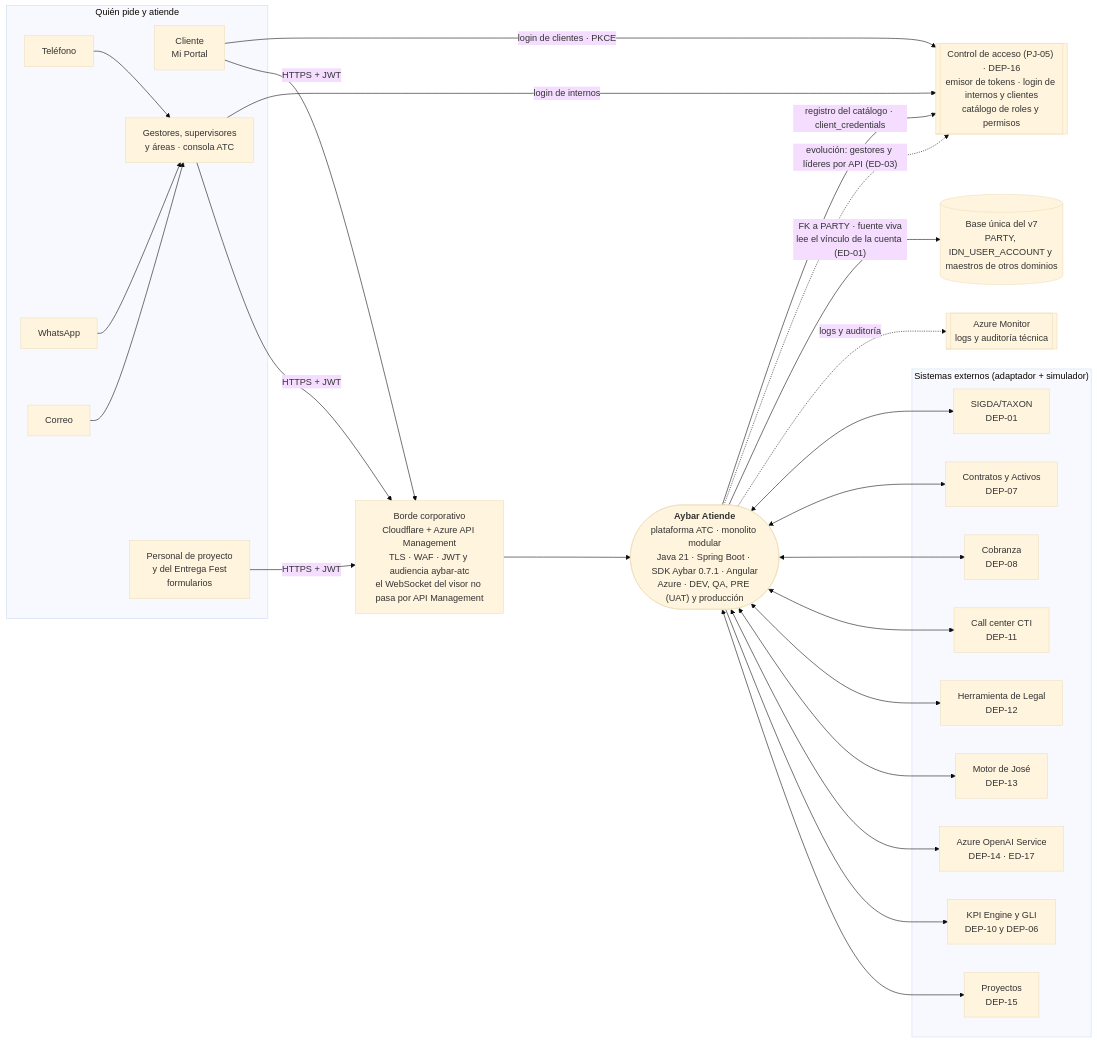
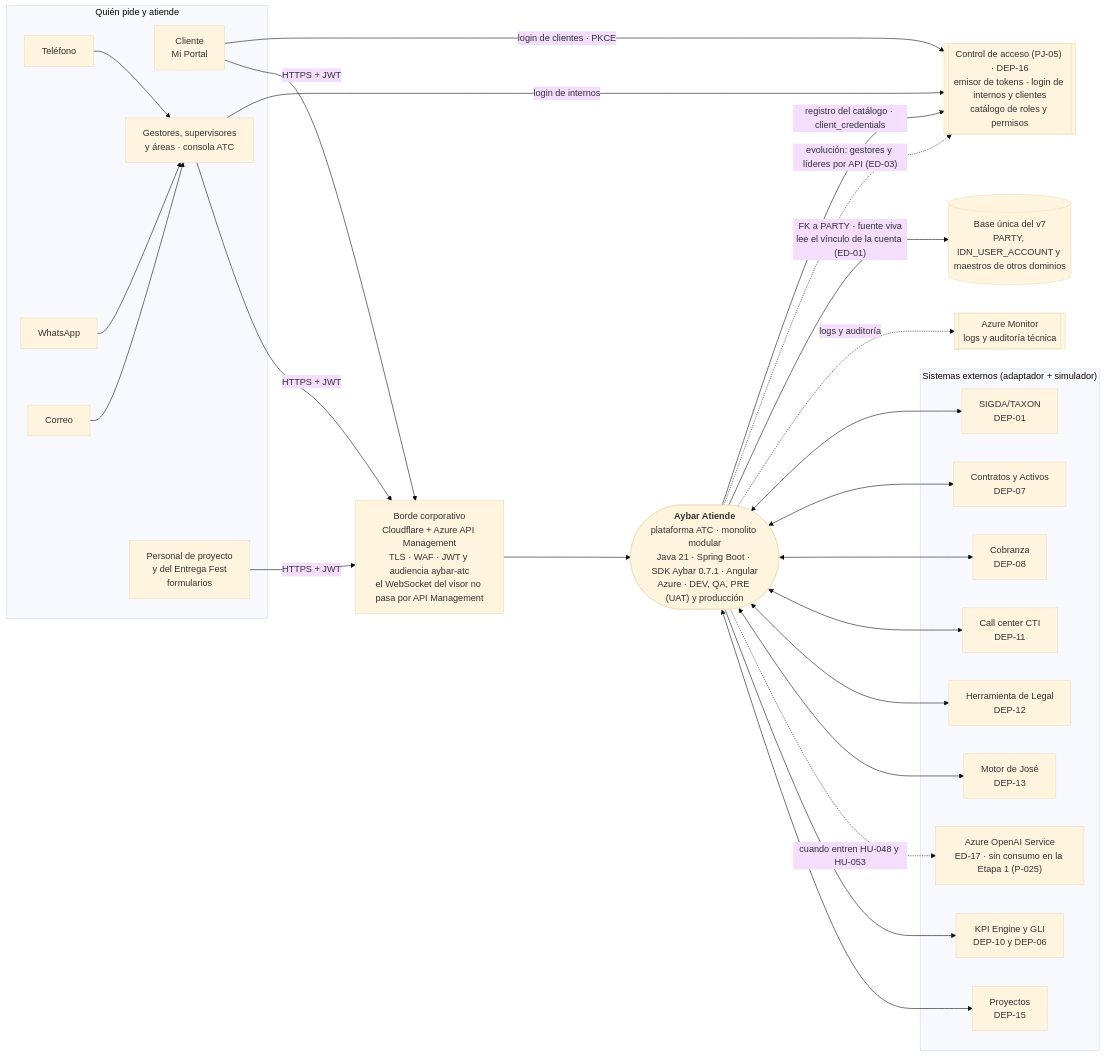
One commit to michel-poma-huachihuaco/tyc-mockup changed the diagram in propuesta-po/documentacion/paquete-definir-etapa1-v1.3/arquitectura/c4-contexto.mmd. Above: the diagram before and after it, drawn with Mermaid (base theme). The commit also changed 97 other files, not shown here.

```diff
--- a/propuesta-po/documentacion/paquete-definir-etapa1-v1.3/arquitectura/c4-contexto.mmd
+++ b/propuesta-po/documentacion/paquete-definir-etapa1-v1.3/arquitectura/c4-contexto.mmd
@@ -1,51 +1,52 @@
 flowchart LR
   subgraph Quien["Quién pide y atiende"]
     tel[Teléfono]
     wa[WhatsApp]
     mail[Correo]
     cli[Cliente<br/>Mi Portal]
     ges[Gestores, supervisores<br/>y áreas · consola ATC]
     obra[Personal de proyecto<br/>y del Entrega Fest<br/>formularios]
   end
   borde["Borde corporativo<br/>Cloudflare + Azure API Management<br/>TLS · WAF · JWT y audiencia aybar-atc<br/>el WebSocket del visor no pasa por API Management"]
   atc(["<b>Aybar Atiende</b><br/>plataforma ATC · monolito modular<br/>Java 21 · Spring Boot · SDK Aybar 0.7.1 · Angular<br/>Azure · DEV, QA, PRE (UAT) y producción"])
   ctrl[["Control de acceso (PJ-05) · DEP-16<br/>emisor de tokens · login de internos y clientes<br/>catálogo de roles y permisos"]]
   base[("Base única del v7<br/>PARTY, IDN_USER_ACCOUNT y maestros de otros dominios")]
   mon[["Azure Monitor<br/>logs y auditoría técnica"]]
   subgraph Ext["Sistemas externos (adaptador + simulador)"]
     sigda[SIGDA/TAXON<br/>DEP-01]
     con[Contratos y Activos<br/>DEP-07]
     cob[Cobranza<br/>DEP-08]
     cti[Call center CTI<br/>DEP-11]
     leg[Herramienta de Legal<br/>DEP-12]
     jose[Motor de José<br/>DEP-13]
-    ia[Azure OpenAI Service<br/>DEP-14 · ED-17]
+    ia["Azure OpenAI Service<br/>ED-17 · sin consumo en la Etapa 1 (P-025)"]
     kpi[KPI Engine y GLI<br/>DEP-10 y DEP-06]
     proy[Proyectos<br/>DEP-15]
   end
   cli -- "login de clientes · PKCE" --> ctrl
   ges -- "login de internos" --> ctrl
   cli -- "HTTPS + JWT" --> borde
   ges -- "HTTPS + JWT" --> borde
   obra -- "HTTPS + JWT" --> borde
   borde --> atc
   tel --> ges
   wa --> ges
   mail --> ges
   atc -- "registro del catálogo · client_credentials" --> ctrl
   atc -. "evolución: gestores y líderes por API (ED-03)" .-> ctrl
   atc -- "FK a PARTY · fuente viva<br/>lee el vínculo de la cuenta (ED-01)" --> base
   atc -. "logs y auditoría" .-> mon
   atc <--> sigda
   atc <--> con
   atc <--> cob
   atc <--> cti
   atc <--> leg
   atc <--> jose
-  atc <--> ia
+  atc -. "cuando entren HU-048 y HU-053" .-> ia
   atc --> kpi
   atc <--> proy
 %% Generado por IA (Claude, 2026-10-22), versión base v2 de Nexora; actualizado con las decisiones DT-01 a DT-07 del Líder Técnico (Control de acceso emite los tokens y hace el login; Azure; borde con Cloudflare y API Management; base única con PARTY como fuente viva). — Revisado por: (pendiente)
 %% Historial: 0.3 · 2026-10-26 · Brayan Hurtado, con IA · borde corporativo, base única, Azure Monitor y ambientes; DEP-15; la consulta de gestores y líderes queda punteada porque Control de acceso no la tiene (P-035); los canales llegan por los gestores
 %% Historial: 0.4 · 2026-10-26 · Brayan Hurtado, con IA · segunda revisión del Líder Técnico: PRE con la UAT (PLT-05 §4.2) y el WebSocket del visor fuera de API Management
 %% Historial: 0.5 · 2026-10-26 · Brayan Hurtado, con IA · decisiones del equipo de analisis/decisiones.md v0.7: audiencia aybar-atc (ED-06), vínculo de la cuenta en la base única (ED-01), la consulta de gestores y líderes como evolución (ED-03) y proveedor de IA (ED-17)
+%% Historial: 0.6 · 2026-10-26 · Brayan Hurtado, con IA · P-025 decidida por el equipo (analisis/decisiones.md v0.8): Azure OpenAI Service sin consumo en la Etapa 1 (HU-048 y HU-053 fuera); su enlace pasa a punteado, «cuando entren HU-048 y HU-053». — Revisado por: (pendiente)
```
